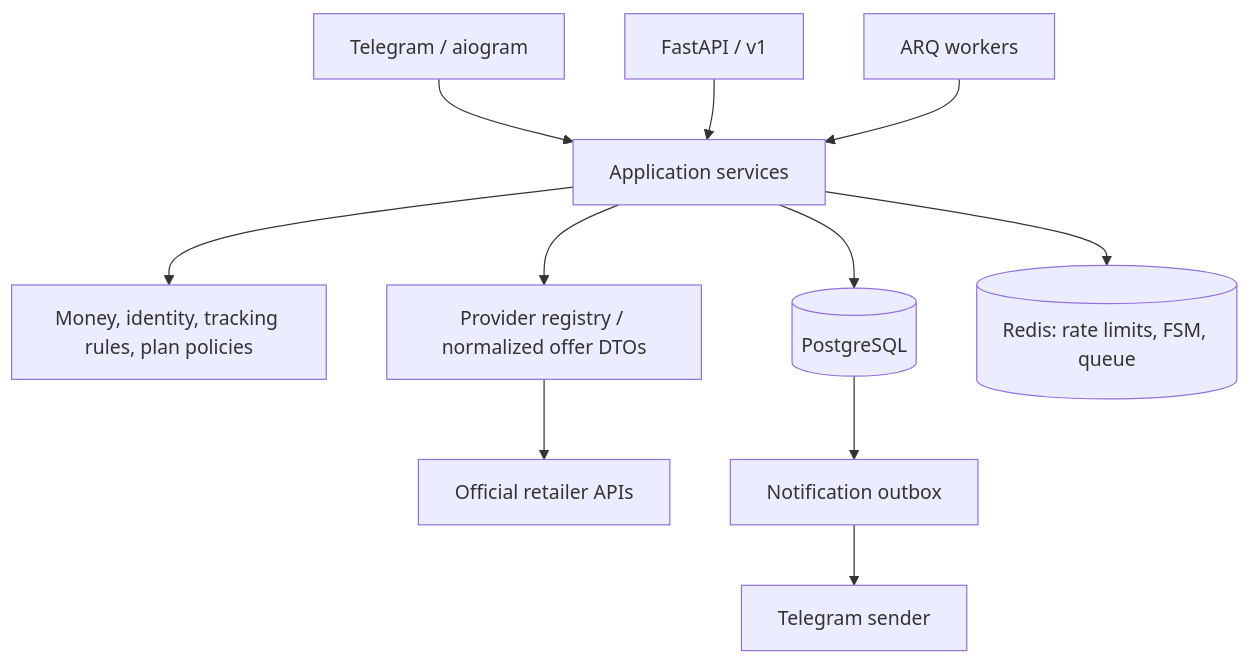
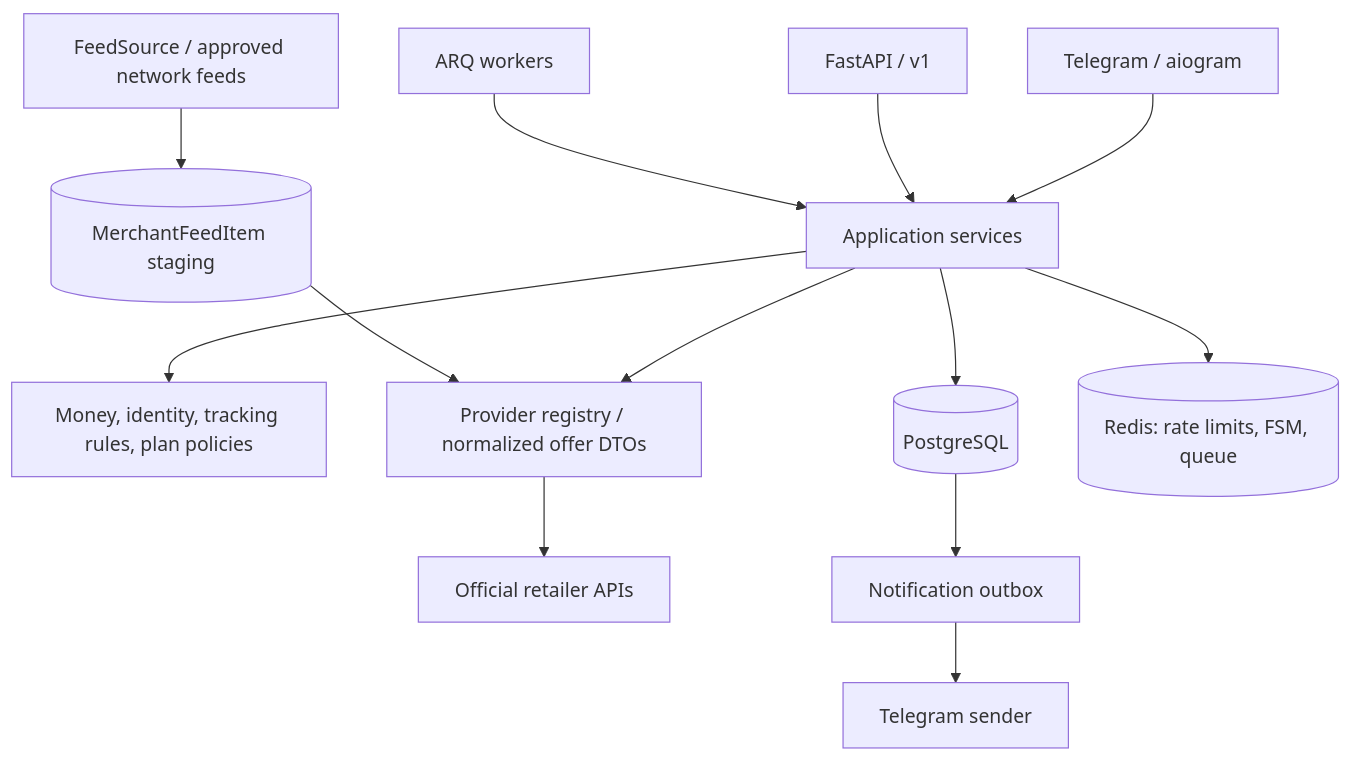
Before and after one commit to SlavaSerdyukov/price_hunter: the diagram in README.md, drawn with Mermaid. The commit also changed other lines of this file and 54 other files, not shown here.

````diff
--- a/README.md
+++ b/README.md
@@ -155,13 +170,15 @@
 ```mermaid
 flowchart TD
     Bot[Telegram / aiogram] --> Services[Application services]
     API[FastAPI / v1] --> Services
     Worker[ARQ workers] --> Services
     Services --> Domain[Money, identity, tracking rules, plan policies]
     Services --> Providers[Provider registry / normalized offer DTOs]
     Services --> DB[(PostgreSQL)]
     Services --> Redis[(Redis: rate limits, FSM, queue)]
     Providers --> Retailers[Official retailer APIs]
+    FeedSources[FeedSource / approved network feeds] --> Staging[(MerchantFeedItem staging)]
+    Staging --> Providers
     DB --> Outbox[Notification outbox]
     Outbox --> Telegram[Telegram sender]
 ```
````
